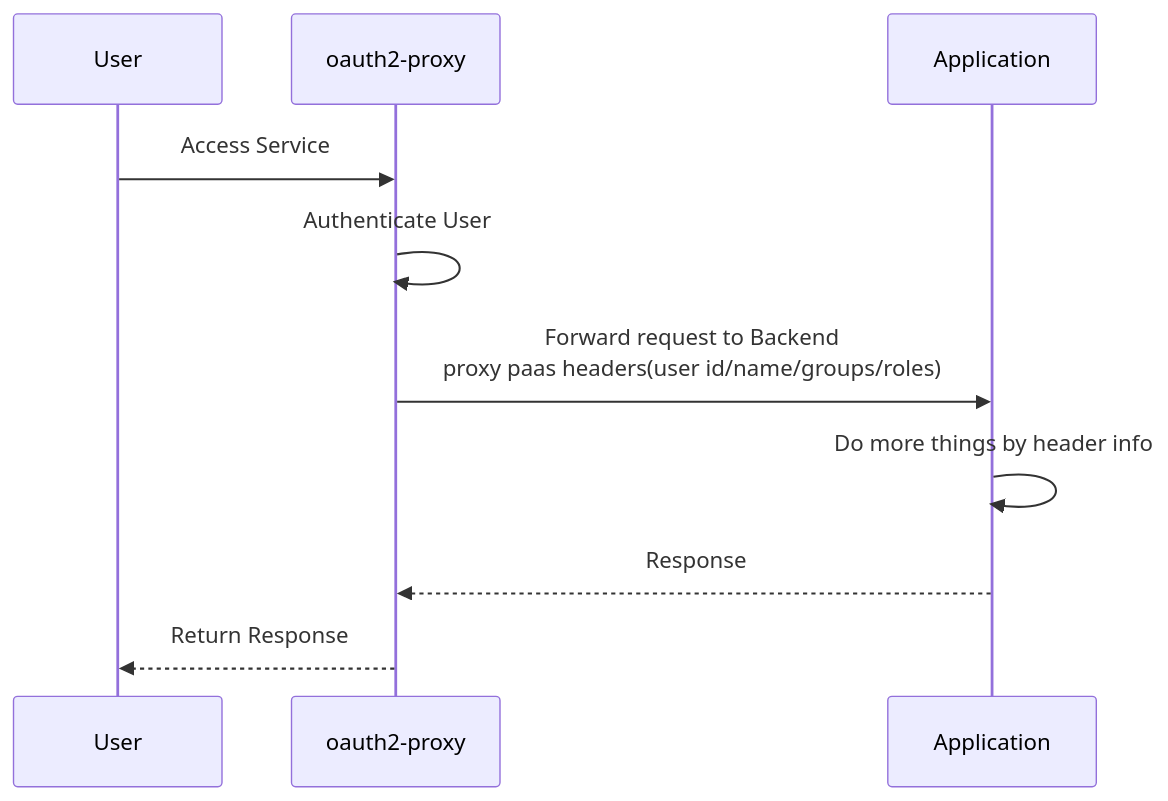
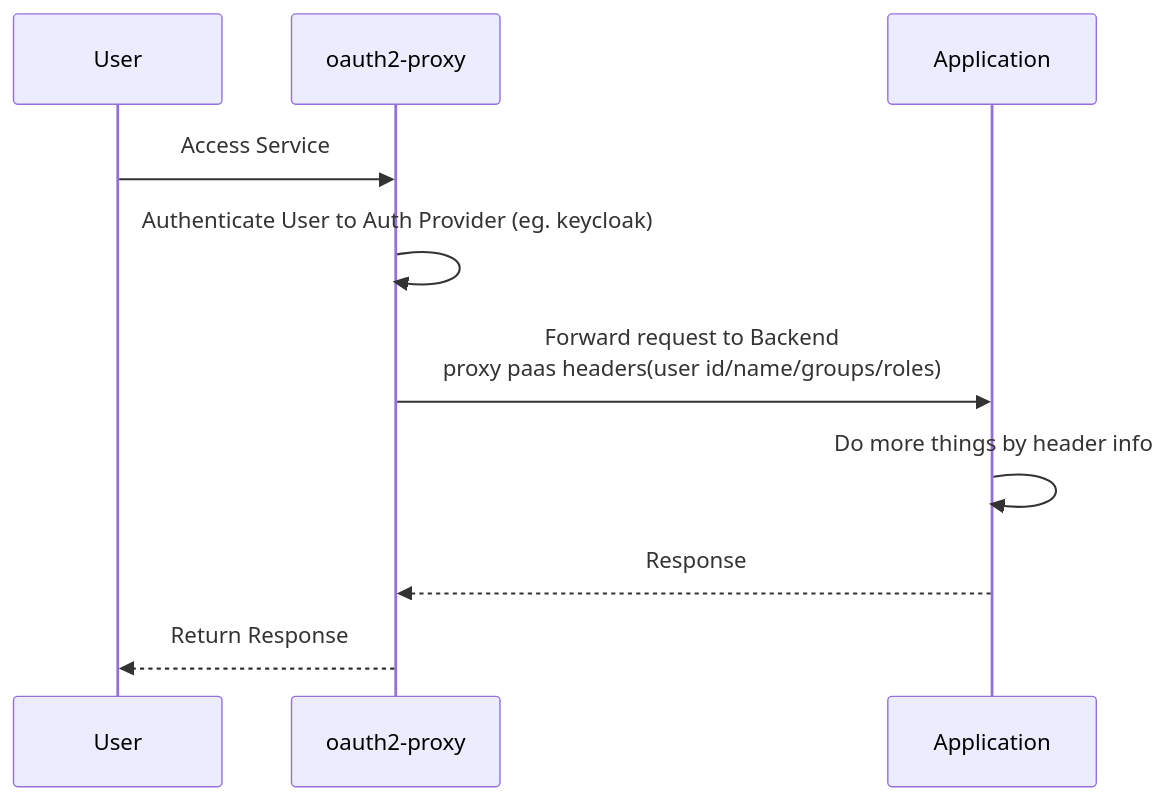
Before and after one commit to xlabs-club/xlabs-club.github.io: the first of 2 diagrams in content/blog/traefik-oauth2-proxy-keycloak/index.md, drawn with Mermaid. The commit also changed other lines of this file, not shown here.

Commit message:
blog: update oauth2-proxy with keycloak

````diff
--- a/content/blog/traefik-oauth2-proxy-keycloak/index.md
+++ b/content/blog/traefik-oauth2-proxy-keycloak/index.md
@@ -66,15 +70,15 @@
 ```mermaid
 
 sequenceDiagram
     participant User
     participant oauth2-proxy
     participant Application
 
     User->>oauth2-proxy: Access Service
-    oauth2-proxy->>oauth2-proxy: Authenticate User
+    oauth2-proxy->>oauth2-proxy: Authenticate User to Auth Provider (eg. keycloak)
     oauth2-proxy->>Application: Forward request to Backend <br> proxy paas headers(user id/name/groups/roles)
     Application->>Application: Do more things by header info
     Application-->>oauth2-proxy: Response
     oauth2-proxy-->>User: Return Response
 
 ```
````
